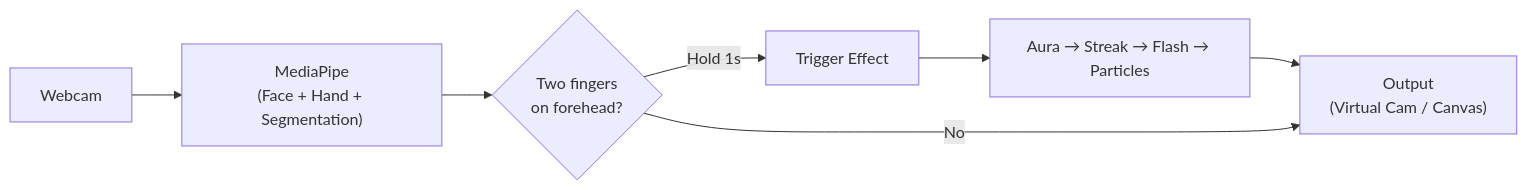
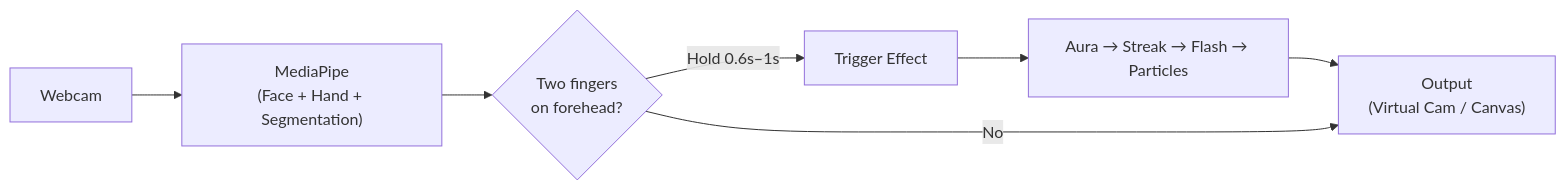
One commit to DivyanshuXOR/Instant_Transmission changed the diagram in README.md. Above: the diagram before and after it, drawn with Mermaid. The commit also changed other lines of this file and 8 other files, not shown here.

````diff
--- a/README.md
+++ b/README.md
@@ -16,9 +41,9 @@
 ```mermaid
 flowchart LR
     A["Webcam"] --> B["MediaPipe\n(Face + Hand + Segmentation)"]
     B --> C{"Two fingers\non forehead?"}
-    C -- "Hold 1s" --> D["Trigger Effect"]
+    C -- "Hold 0.6s–1s" --> D["Trigger Effect"]
     D --> E["Aura → Streak → Flash → Particles"]
     E --> F["Output\n(Virtual Cam / Canvas)"]
     C -- "No" --> F
 ```
````
